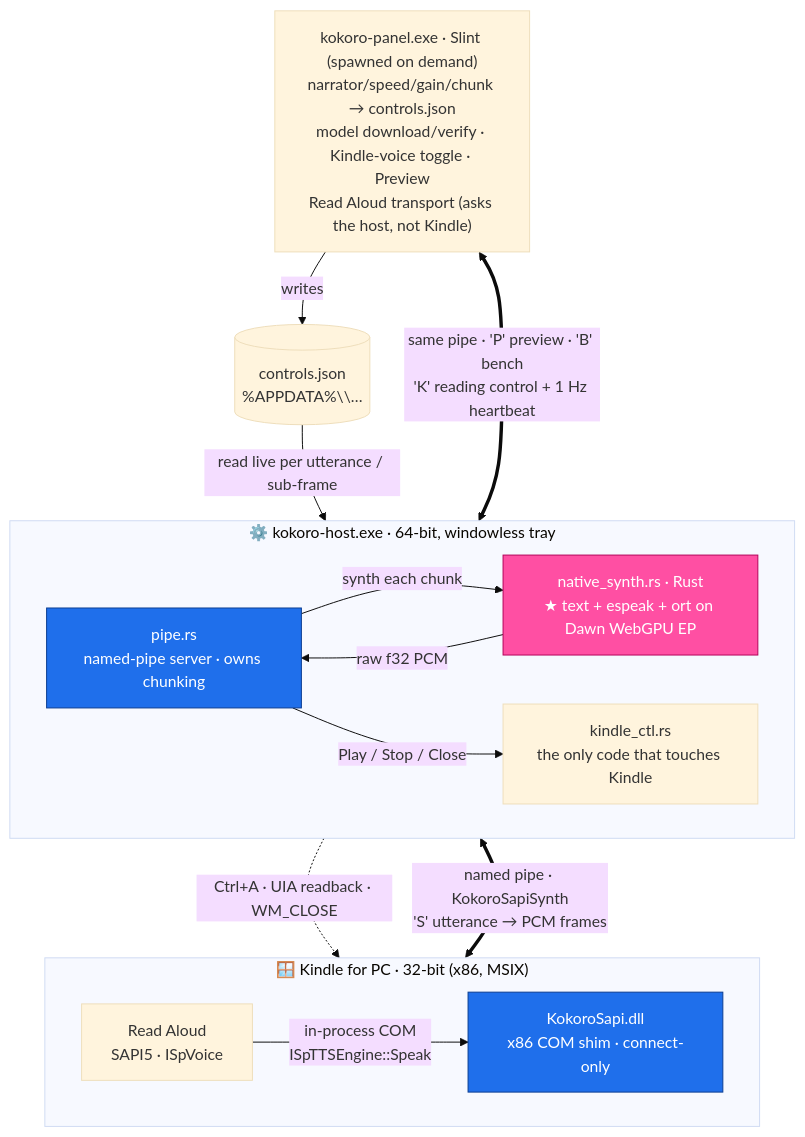
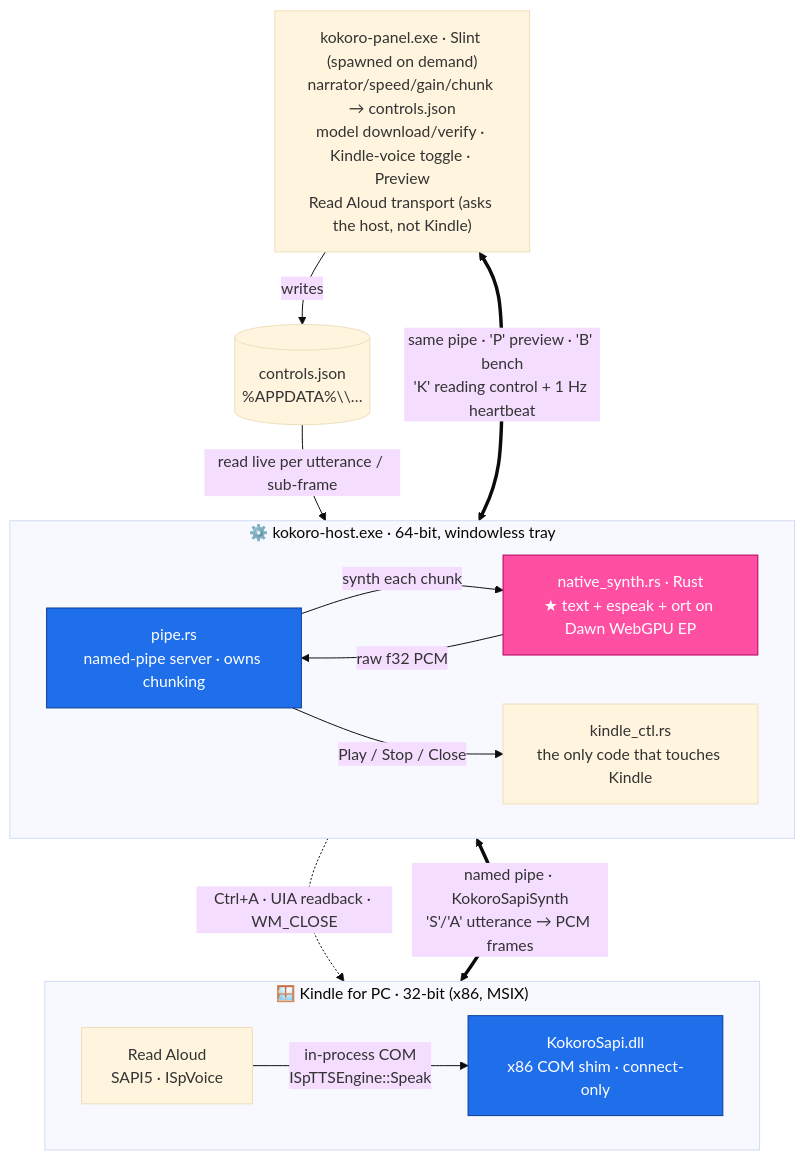
Before and after one commit to phc260/kokoro-kindle-reader: the diagram in ARCHITECTURE.md, drawn with Mermaid (base theme). The commit also changed other lines of this file and 18 other files, not shown here.

````diff
--- a/ARCHITECTURE.md
+++ b/ARCHITECTURE.md
@@ -22,33 +22,33 @@
 ```mermaid
 flowchart TB
   subgraph K["🪟 Kindle for PC · 32-bit (x86, MSIX)"]
     direction LR
     RA["Read Aloud<br/>SAPI5 · ISpVoice"]
     DLL["KokoroSapi.dll<br/>x86 COM shim · connect-only"]
     RA -->|"in-process COM<br/>ISpTTSEngine::Speak"| DLL
   end
 
   subgraph H["⚙️ kokoro-host.exe · 64-bit, windowless tray"]
     direction LR
     PIPE["pipe.rs<br/>named-pipe server · owns chunking"]
     SYNTH["native_synth.rs · Rust<br/>★ text + espeak + ort on Dawn WebGPU EP"]
     CTL["kindle_ctl.rs<br/>the only code that touches Kindle"]
     PIPE -->|"synth each chunk"| SYNTH
     SYNTH -->|"raw f32 PCM"| PIPE
     PIPE -->|"Play / Stop / Close"| CTL
   end
 
   PANEL["kokoro-panel.exe · Slint (spawned on demand)<br/>narrator/speed/gain/chunk → controls.json<br/>model download/verify · Kindle-voice toggle · Preview<br/>Read Aloud transport (asks the host, not Kindle)"]
   CFG[("controls.json<br/>%APPDATA%\\…")]
   PANEL -->|writes| CFG
   CFG -->|"read live per utterance / sub-frame"| PIPE
 
-  DLL <==>|"named pipe · KokoroSapiSynth<br/>'S' utterance → PCM frames"| PIPE
+  DLL <==>|"named pipe · KokoroSapiSynth<br/>'S'/'A' utterance → PCM frames"| PIPE
   PANEL <==>|"same pipe · 'P' preview · 'B' bench<br/>'K' reading control + 1 Hz heartbeat"| PIPE
   CTL -.->|"Ctrl+A · UIA readback · WM_CLOSE"| RA
 
   classDef engine fill:#ff4fa3,stroke:#b30059,color:#ffffff;
   classDef shim fill:#1f6feb,stroke:#0b3d91,color:#ffffff;
   class SYNTH engine
   class DLL,PIPE shim
 ```
````
